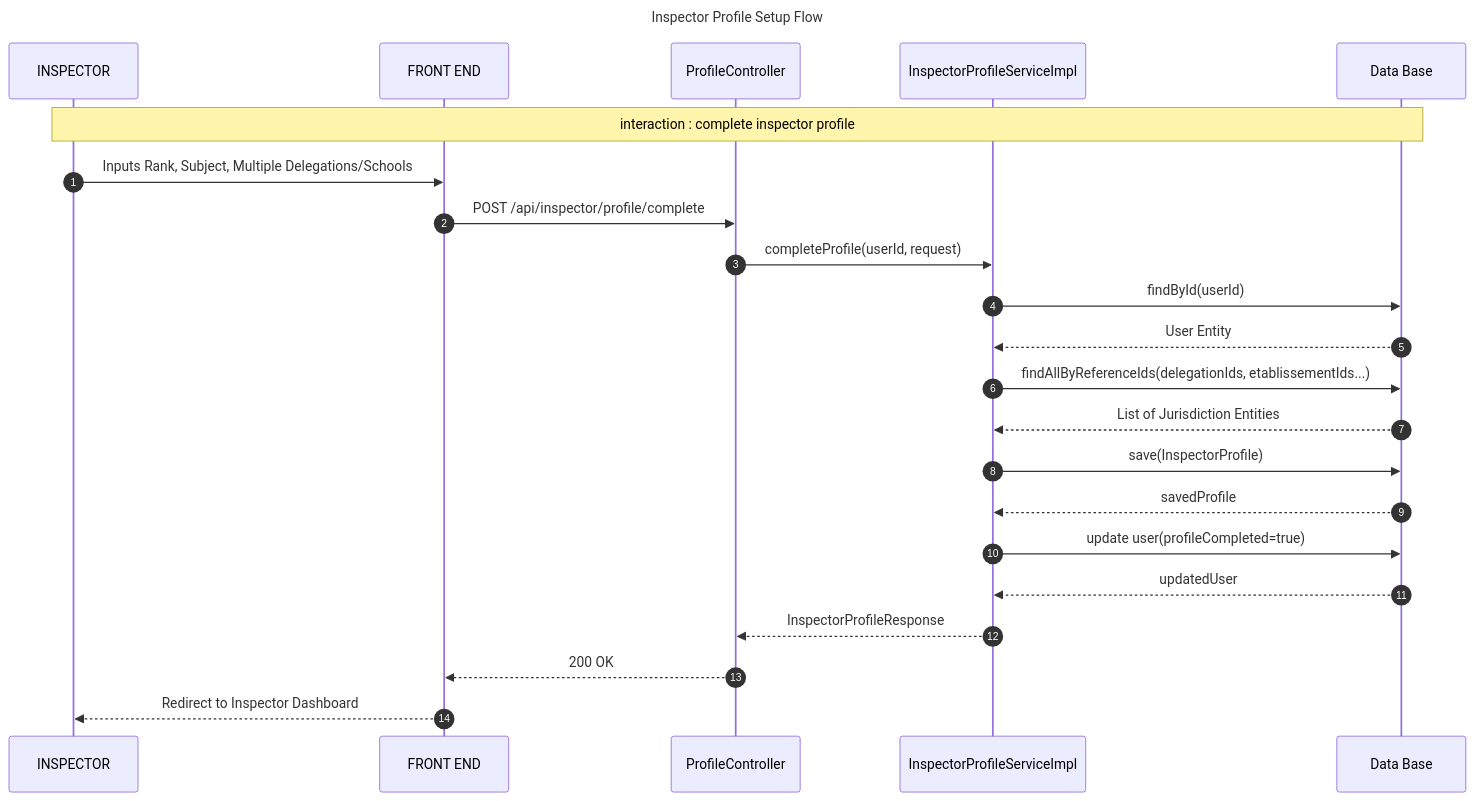
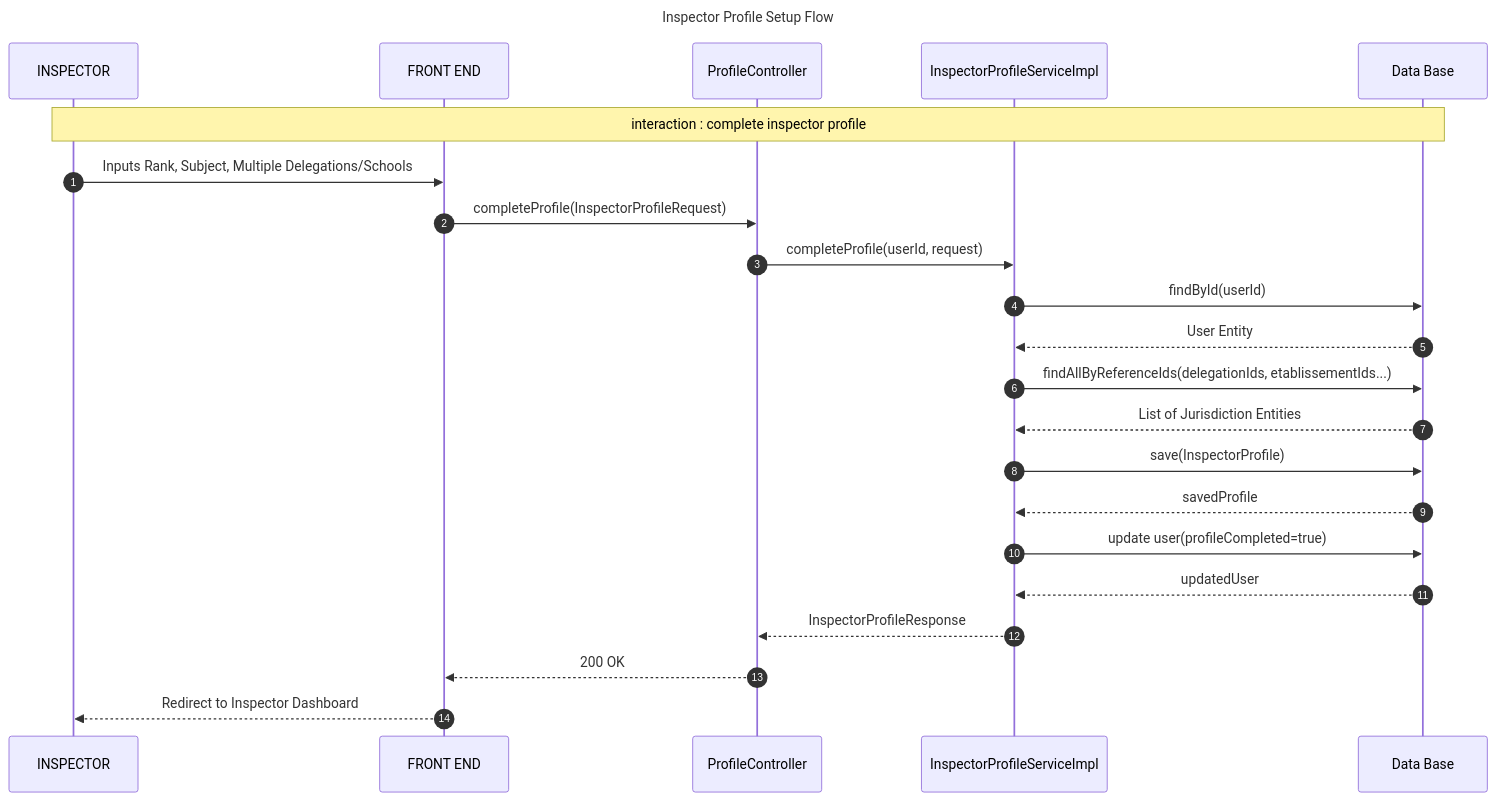
One commit to chbichibsofiene/inspector changed the fourth of 4 diagrams in uml_diagrams/auth_and_profile_sequences.md. Above: the diagram before and after it, drawn with Mermaid. The commit also changed other lines of this file and 145 other files, not shown here.

Commit message:
Integrated mobile app, updated UI elements, and synced all UML diagrams with backend implementation

````diff
--- a/uml_diagrams/auth_and_profile_sequences.md
+++ b/uml_diagrams/auth_and_profile_sequences.md
@@ -144,32 +144,32 @@
 ```mermaid
 sequenceDiagram
     title: Inspector Profile Setup Flow
     autonumber
     participant USER as INSPECTOR
     participant FE as FRONT END
     participant PC as ProfileController
     participant IPS as InspectorProfileServiceImpl
     participant DB as Data Base
 
     Note over USER, DB: interaction : complete inspector profile
 
     USER->>FE: Inputs Rank, Subject, Multiple Delegations/Schools
-    FE->>PC: POST /api/inspector/profile/complete
+    FE->>PC: completeProfile(InspectorProfileRequest)
     PC->>IPS: completeProfile(userId, request)
     
     IPS->>DB: findById(userId)
     DB-->>IPS: User Entity
     
     IPS->>DB: findAllByReferenceIds(delegationIds, etablissementIds...)
     DB-->>IPS: List of Jurisdiction Entities
     
     IPS->>DB: save(InspectorProfile)
     DB-->>IPS: savedProfile
 
     IPS->>DB: update user(profileCompleted=true)
     DB-->>IPS: updatedUser
 
     IPS-->>PC: InspectorProfileResponse
     PC-->>FE: 200 OK
     FE-->>USER: Redirect to Inspector Dashboard
 ```
````
